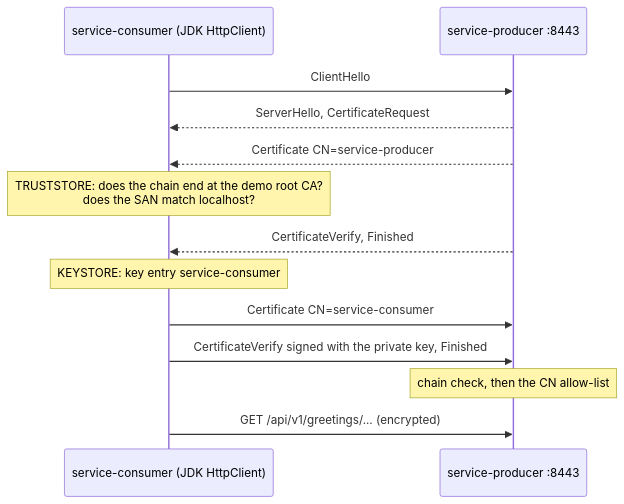
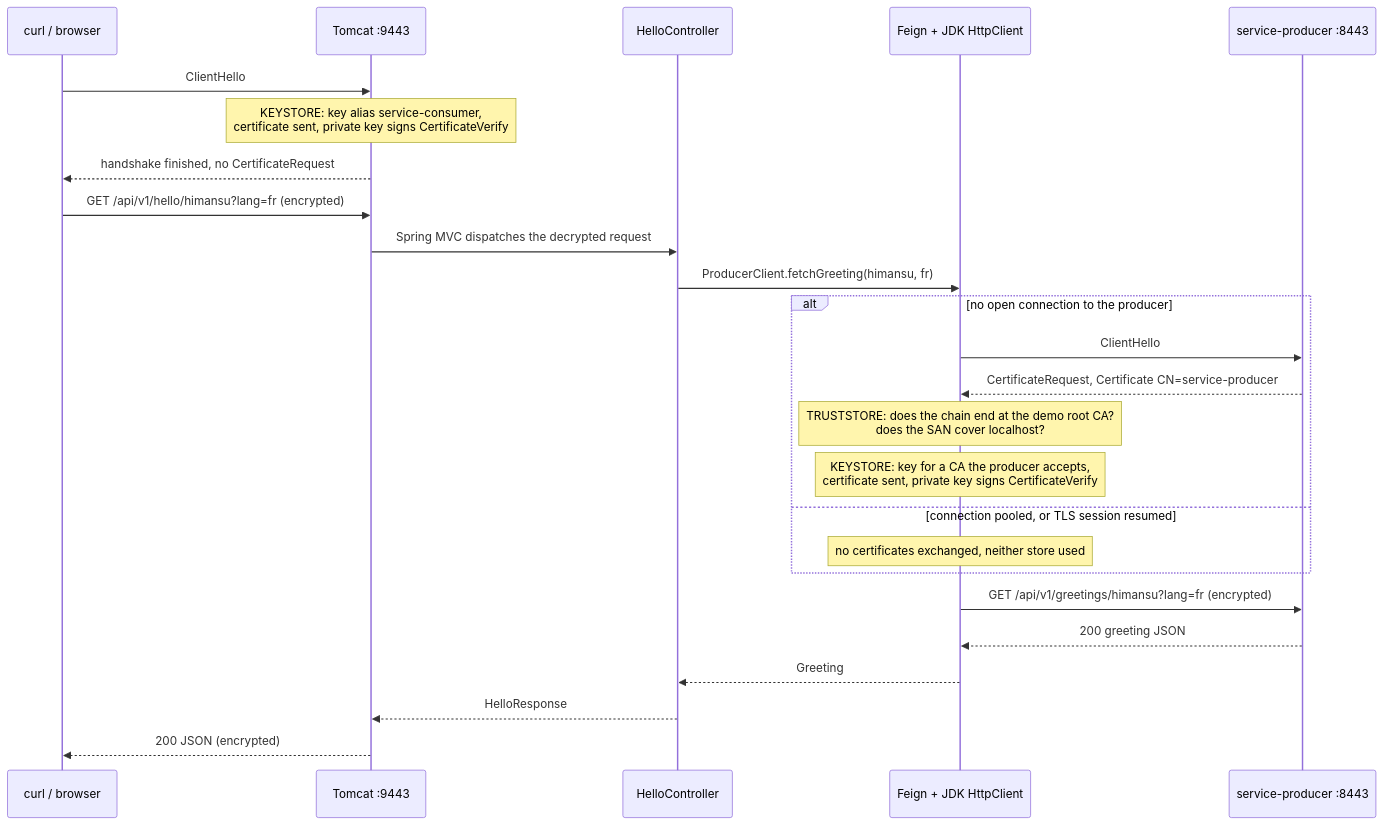
The fourth of 4 diagrams in service-consumer/README.md (himnay/learning-mtls), drawn with Mermaid before and after one commit. The commit also changed other lines of this file, not shown here.

First line of the commit message:
docs(consumer): Q&A 12.3 from Spring Boot's side; fix client key choice

````diff
--- a/service-consumer/README.md
+++ b/service-consumer/README.md
@@ -511,15 +544,27 @@
 ```mermaid
 sequenceDiagram
-    participant C as service-consumer (JDK HttpClient)
+    participant U as curl / browser
+    participant T as Tomcat :9443
+    participant H as HelloController
+    participant F as Feign + JDK HttpClient
     participant P as service-producer :8443
-    C->>P: ClientHello
-    P-->>C: ServerHello, CertificateRequest
-    P-->>C: Certificate CN=service-producer
-    Note over C: TRUSTSTORE: does the chain end at the demo root CA?<br/>does the SAN match localhost?
-    P-->>C: CertificateVerify, Finished
-    Note over C: KEYSTORE: key entry service-consumer
-    C->>P: Certificate CN=service-consumer
-    C->>P: CertificateVerify signed with the private key, Finished
-    Note over P: chain check, then the CN allow-list
-    C->>P: GET /api/v1/greetings/... (encrypted)
+    U->>T: ClientHello
+    Note over T: KEYSTORE: key alias service-consumer,<br/>certificate sent, private key signs CertificateVerify
+    T-->>U: handshake finished, no CertificateRequest
+    U->>T: GET /api/v1/hello/himansu?lang=fr (encrypted)
+    T->>H: Spring MVC dispatches the decrypted request
+    H->>F: ProducerClient.fetchGreeting(himansu, fr)
+    alt no open connection to the producer
+        F->>P: ClientHello
+        P-->>F: CertificateRequest, Certificate CN=service-producer
+        Note over F: TRUSTSTORE: does the chain end at the demo root CA?<br/>does the SAN cover localhost?
+        Note over F: KEYSTORE: key for a CA the producer accepts,<br/>certificate sent, private key signs CertificateVerify
+    else connection pooled, or TLS session resumed
+        Note over F: no certificates exchanged, neither store used
+    end
+    F->>P: GET /api/v1/greetings/himansu?lang=fr (encrypted)
+    P-->>F: 200 greeting JSON
+    F-->>H: Greeting
+    H-->>T: HelloResponse
+    T-->>U: 200 JSON (encrypted)
 ```
````
